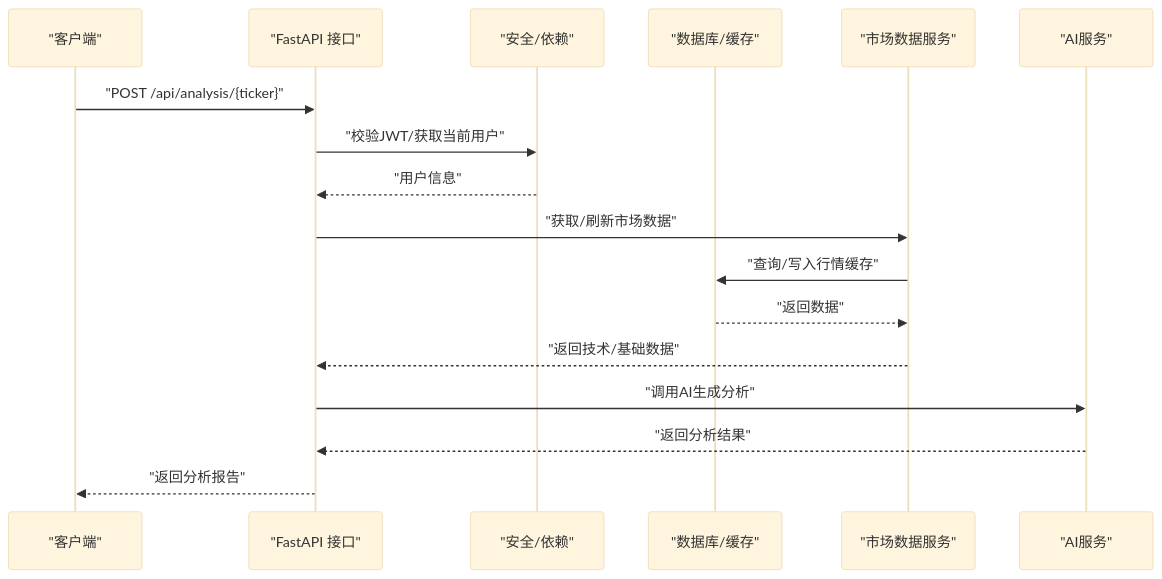
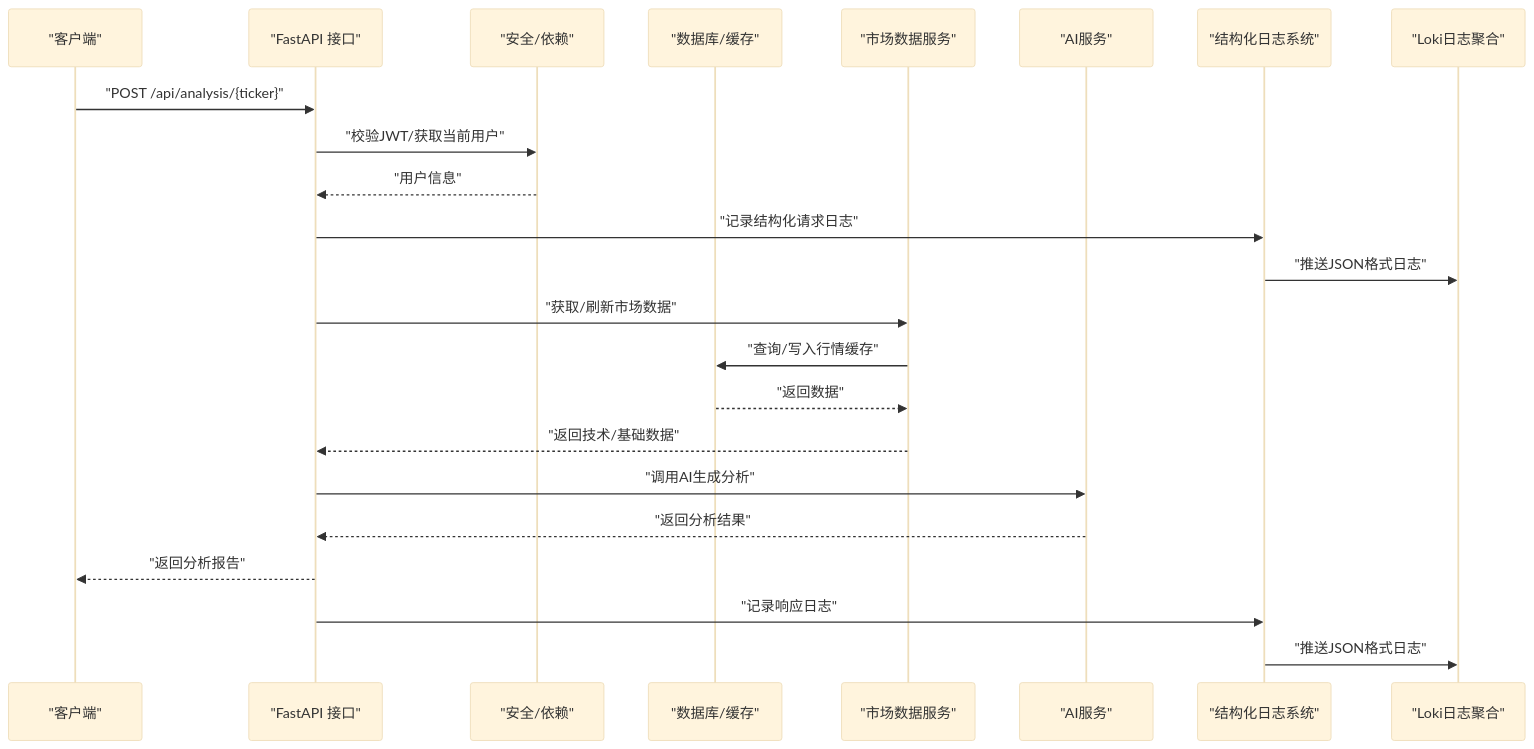
One commit to breeze-lyf/ai-stock-advisor changed the second of 5 diagrams in .qoder/repowiki/zh/content/部署与运维/监控与日志管理.md. Above: the diagram before and after it, drawn with Mermaid (base theme). The commit also changed other lines of this file and 43 other files, not shown here.

````diff
--- a/.qoder/repowiki/zh/content/部署与运维/监控与日志管理.md
+++ b/.qoder/repowiki/zh/content/部署与运维/监控与日志管理.md
@@ -149,19 +157,25 @@
 ```mermaid
 sequenceDiagram
 participant Client as "客户端"
 participant API as "FastAPI 接口"
 participant Sec as "安全/依赖"
 participant DB as "数据库/缓存"
 participant MD as "市场数据服务"
 participant AI as "AI服务"
+participant Logger as "结构化日志系统"
+participant Loki as "Loki日志聚合"
 Client->>API : "POST /api/analysis/{ticker}"
 API->>Sec : "校验JWT/获取当前用户"
 Sec-->>API : "用户信息"
+API->>Logger : "记录结构化请求日志"
+Logger->>Loki : "推送JSON格式日志"
 API->>MD : "获取/刷新市场数据"
 MD->>DB : "查询/写入行情缓存"
 DB-->>MD : "返回数据"
 MD-->>API : "返回技术/基础数据"
 API->>AI : "调用AI生成分析"
 AI-->>API : "返回分析结果"
 API-->>Client : "返回分析报告"
+API->>Logger : "记录响应日志"
+Logger->>Loki : "推送JSON格式日志"
 ```
````
